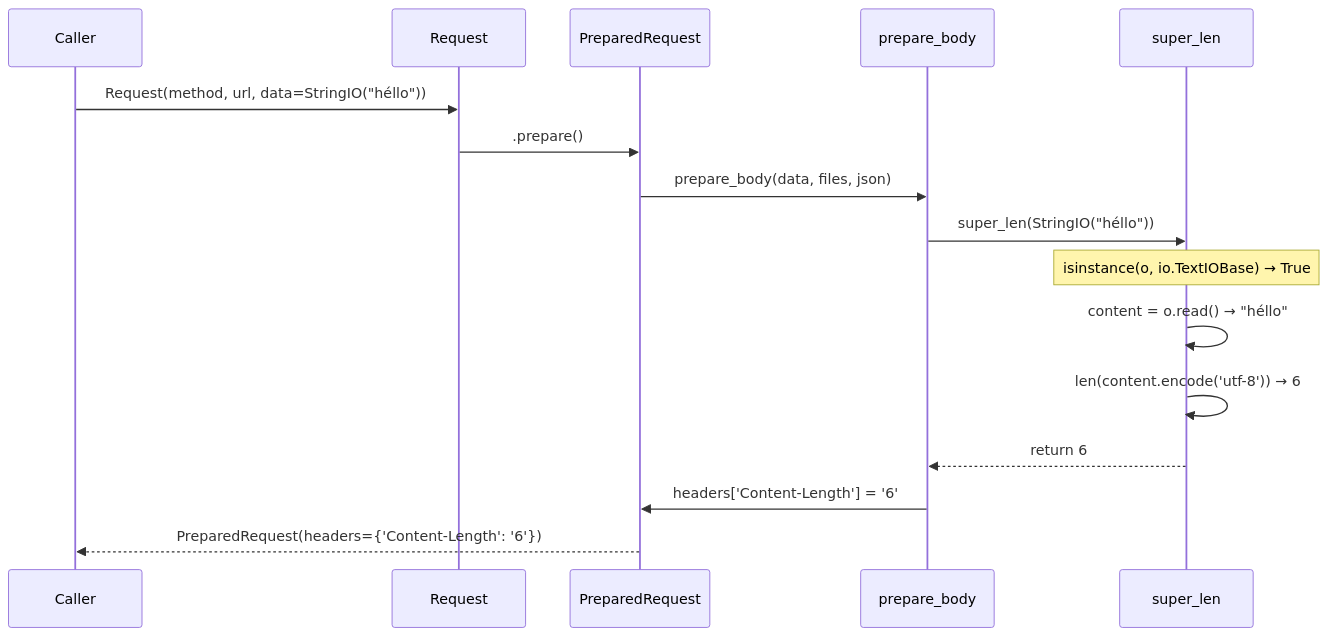
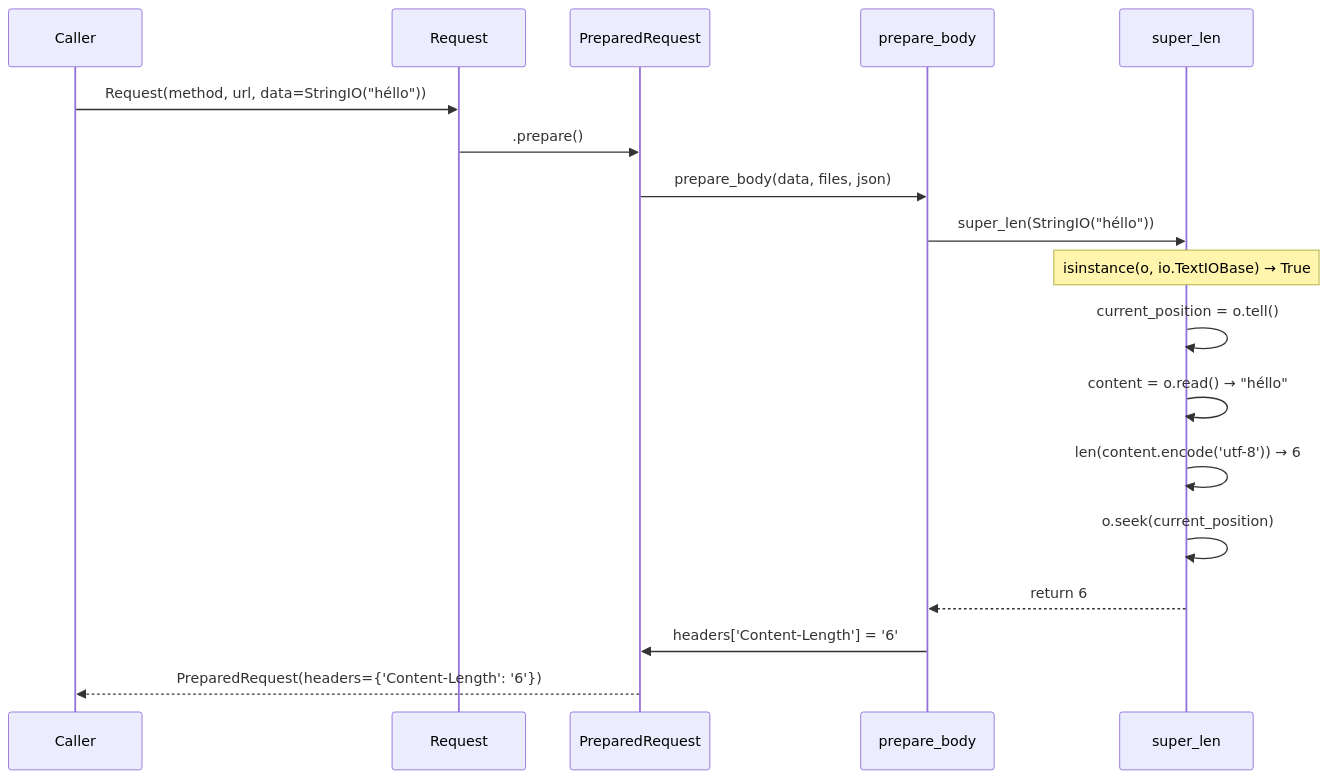
The first of 3 diagrams in features/PER-71/hld.md (pavithrachandran70/requests-test-adlc), drawn with Mermaid before and after one commit. The commit also changed other lines of this file and 8 other files, not shown here.

Commit message:
adlc(state): PER-71 waiting architect_review

````diff
--- a/features/PER-71/hld.md
+++ b/features/PER-71/hld.md
@@ -130,19 +138,21 @@
 ```mermaid
 sequenceDiagram
     participant Caller
     participant Request
     participant PreparedRequest
     participant prepare_body
     participant super_len
 
     Caller->>Request: Request(method, url, data=StringIO("héllo"))
     Request->>PreparedRequest: .prepare()
     PreparedRequest->>prepare_body: prepare_body(data, files, json)
     prepare_body->>super_len: super_len(StringIO("héllo"))
     Note over super_len: isinstance(o, io.TextIOBase) → True
+    super_len->>super_len: current_position = o.tell()
     super_len->>super_len: content = o.read() → "héllo"
     super_len->>super_len: len(content.encode('utf-8')) → 6
+    super_len->>super_len: o.seek(current_position)
     super_len-->>prepare_body: return 6
     prepare_body->>PreparedRequest: headers['Content-Length'] = '6'
     PreparedRequest-->>Caller: PreparedRequest(headers={'Content-Length': '6'})
 ```
````
